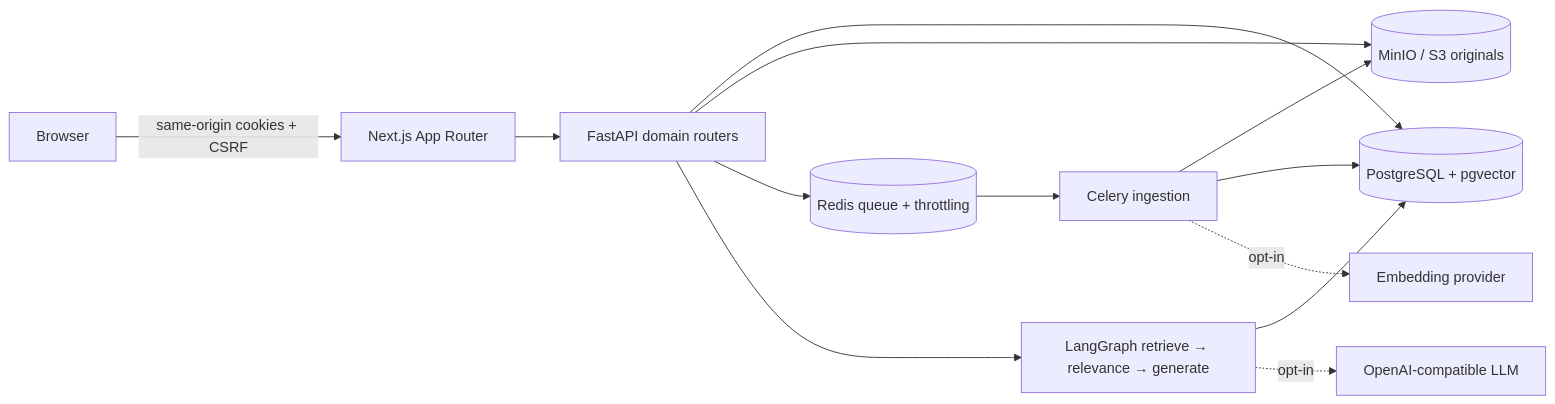
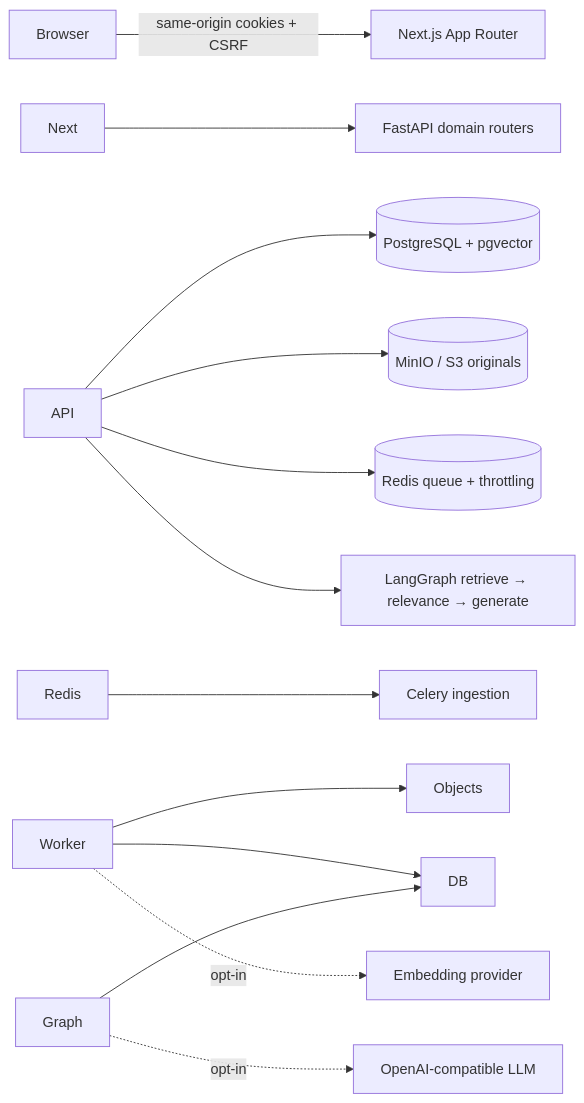
One commit to YogendraPattabhiMekala/knowledgeforge-ai changed the diagram in README.md. Above: the diagram before and after it, drawn with Mermaid. The commit also changed other lines of this file, not shown here.

````diff
--- a/README.md
+++ b/README.md
@@ -41,15 +50,15 @@
 ```mermaid
 flowchart LR
-    Browser -->|same-origin cookies + CSRF| Next[Next.js App Router]
-    Next --> API[FastAPI domain routers]
-    API --> DB[(PostgreSQL + pgvector)]
-    API --> Objects[(MinIO / S3 originals)]
-    API --> Redis[(Redis queue + throttling)]
-    Redis --> Worker[Celery ingestion]
+    Browser -->|same-origin cookies + CSRF| Next\[Next.js App Router]
+    Next --> API\[FastAPI domain routers]
+    API --> DB\[(PostgreSQL + pgvector)]
+    API --> Objects\[(MinIO / S3 originals)]
+    API --> Redis\[(Redis queue + throttling)]
+    Redis --> Worker\[Celery ingestion]
     Worker --> Objects
     Worker --> DB
-    Worker -. opt-in .-> Embeddings[Embedding provider]
-    API --> Graph[LangGraph retrieve → relevance → generate]
+    Worker -. opt-in .-> Embeddings\[Embedding provider]
+    API --> Graph\[LangGraph retrieve → relevance → generate]
     Graph --> DB
-    Graph -. opt-in .-> LLM[OpenAI-compatible LLM]
+    Graph -. opt-in .-> LLM\[OpenAI-compatible LLM]
 ```
````
